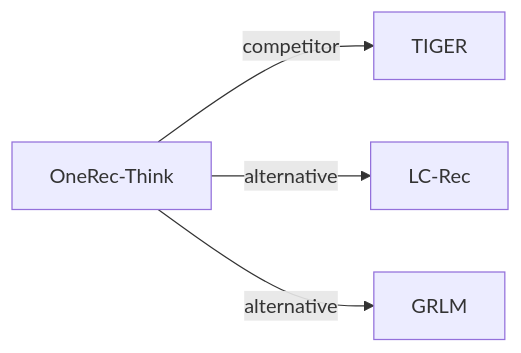
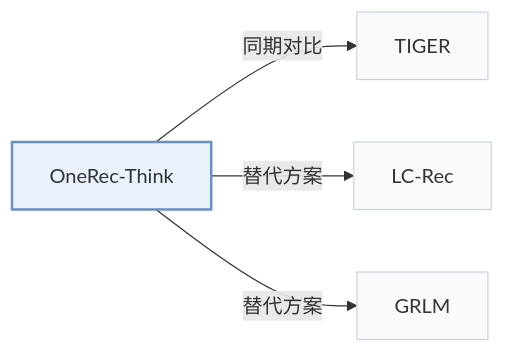
The fourth of 4 diagrams in pages/zh/papers/onerec-think.md (Galaxy-ghost/Awesome-SID-Generative-Rec), drawn with Mermaid before and after one commit. The commit also changed other lines of this file and 649 other files, not shown here.

Commit message:
writer-05: also tags and modality index (schema, check, build, visuals); summary field removed; calibration data for 12 papers

````diff
--- a/pages/zh/papers/onerec-think.md
+++ b/pages/zh/papers/onerec-think.md
@@ -135,7 +147,11 @@
 ```mermaid
 flowchart LR
     P["OneRec-Think"]
-    P -->|competitor| A["TIGER"]
-    P -->|alternative| B["LC-Rec"]
-    P -->|alternative| C["GRLM"]
+    P -->|"同期对比"| A["TIGER"]
+    P -->|"替代方案"| B["LC-Rec"]
+    P -->|"替代方案"| C["GRLM"]
+    classDef main fill:#eaf2fb,stroke:#6b8fc7,stroke-width:2px
+    classDef peer fill:#f8fafc,stroke:#cbd5e1
+    class P main
+    class A,B,C peer
 ```
````
